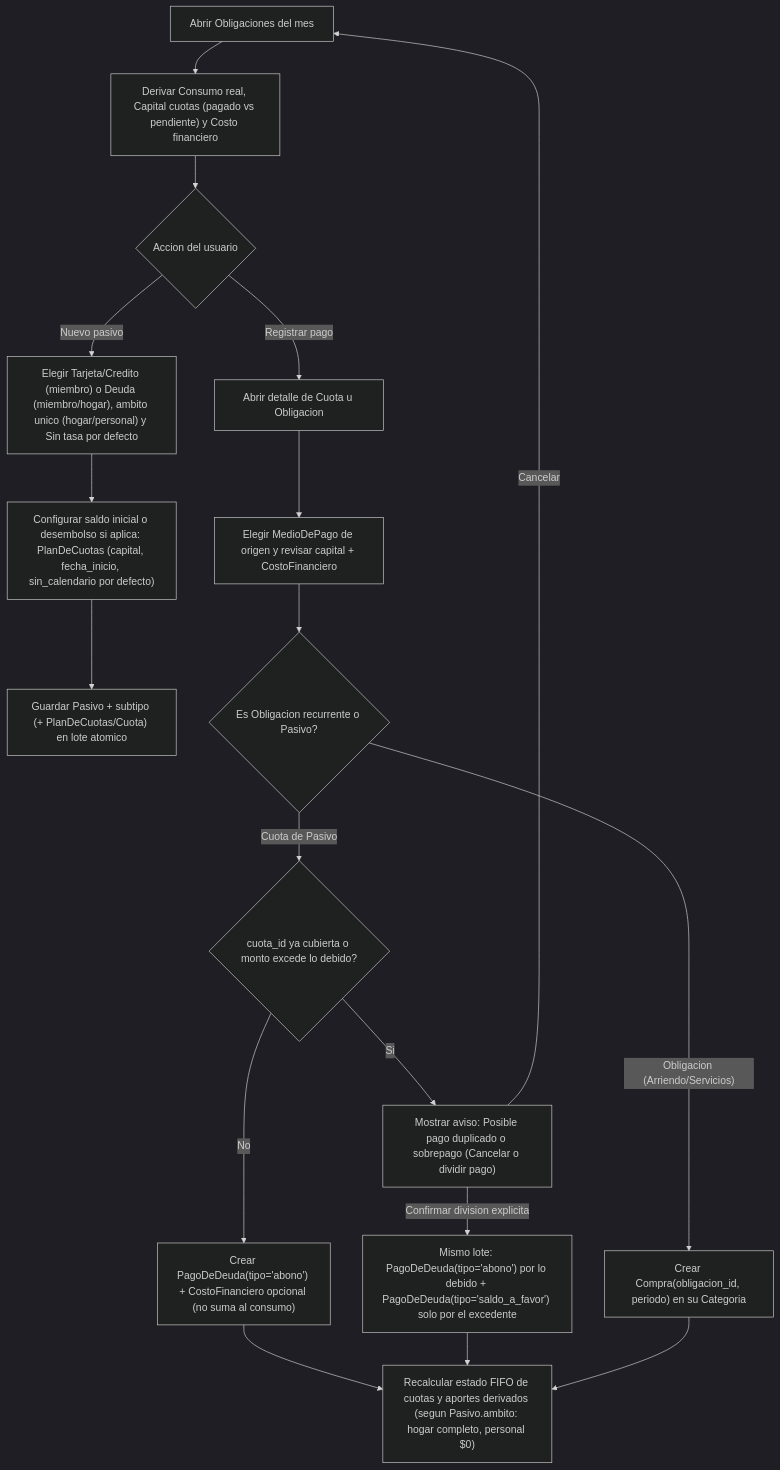
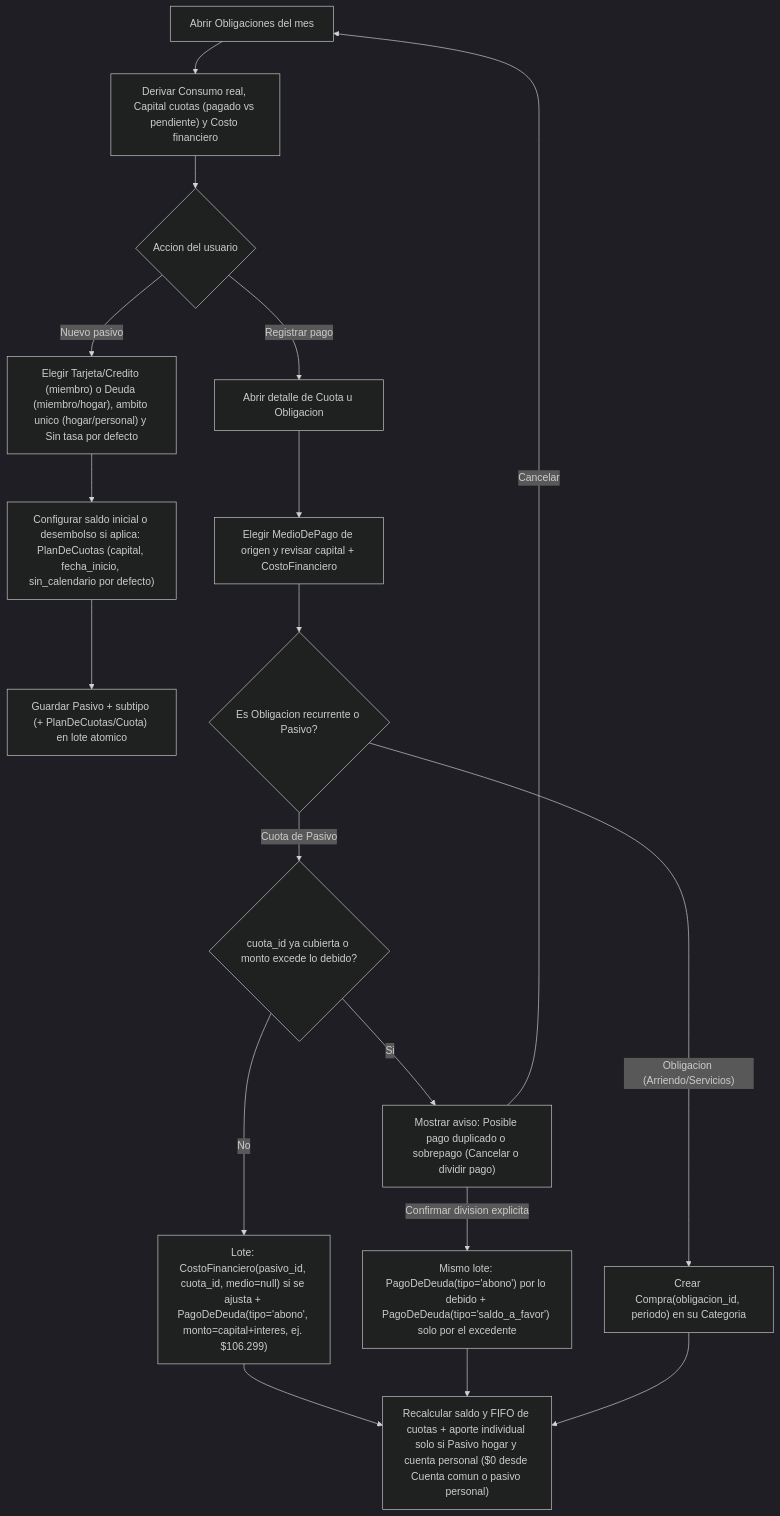
The diagram in docs/flows/obligaciones-del-mes.md (meperdev/hogar-app), drawn with Mermaid (dark theme) before and after one commit. The commit also changed other lines of this file and 17 other files, not shown here.

````diff
--- a/docs/flows/obligaciones-del-mes.md
+++ b/docs/flows/obligaciones-del-mes.md
@@ -88,20 +90,20 @@
 ```mermaid
 flowchart TD
     A["Abrir Obligaciones del mes"] --> B["Derivar Consumo real, Capital cuotas (pagado vs pendiente) y Costo financiero"]
     B --> C{"Accion del usuario"}
     C -- "Nuevo pasivo" --> D["Elegir Tarjeta/Credito (miembro) o Deuda (miembro/hogar), ambito unico (hogar/personal) y Sin tasa por defecto"]
     D --> E["Configurar saldo inicial o desembolso si aplica: PlanDeCuotas (capital, fecha_inicio, sin_calendario por defecto)"]
     E --> F["Guardar Pasivo + subtipo (+ PlanDeCuotas/Cuota) en lote atomico"]
     C -- "Registrar pago" --> I["Abrir detalle de Cuota u Obligacion"]
     I --> J["Elegir MedioDePago de origen y revisar capital + CostoFinanciero"]
     J --> K{"Es Obligacion recurrente o Pasivo?"}
     K -- "Obligacion (Arriendo/Servicios)" --> P["Crear Compra(obligacion_id, periodo) en su Categoria"]
     K -- "Cuota de Pasivo" --> L{"cuota_id ya cubierta o monto excede lo debido?"}
     L -- Si --> M["Mostrar aviso: Posible pago duplicado o sobrepago (Cancelar o dividir pago)"]
     M -- Cancelar --> A
     M -- "Confirmar division explicita" --> O2["Mismo lote: PagoDeDeuda(tipo='abono') por lo debido + PagoDeDeuda(tipo='saldo_a_favor') solo por el excedente"]
-    L -- No --> O["Crear PagoDeDeuda(tipo='abono') + CostoFinanciero opcional (no suma al consumo)"]
-    O --> R["Recalcular estado FIFO de cuotas y aportes derivados (segun Pasivo.ambito: hogar completo, personal $0)"]
+    L -- No --> O["Lote: CostoFinanciero(pasivo_id, cuota_id, medio=null) si se ajusta + PagoDeDeuda(tipo='abono', monto=capital+interes, ej. $106.299)"]
+    O --> R["Recalcular saldo y FIFO de cuotas + aporte individual solo si Pasivo hogar y cuenta personal ($0 desde Cuenta comun o pasivo personal)"]
     O2 --> R
     P --> R
 ```
````
